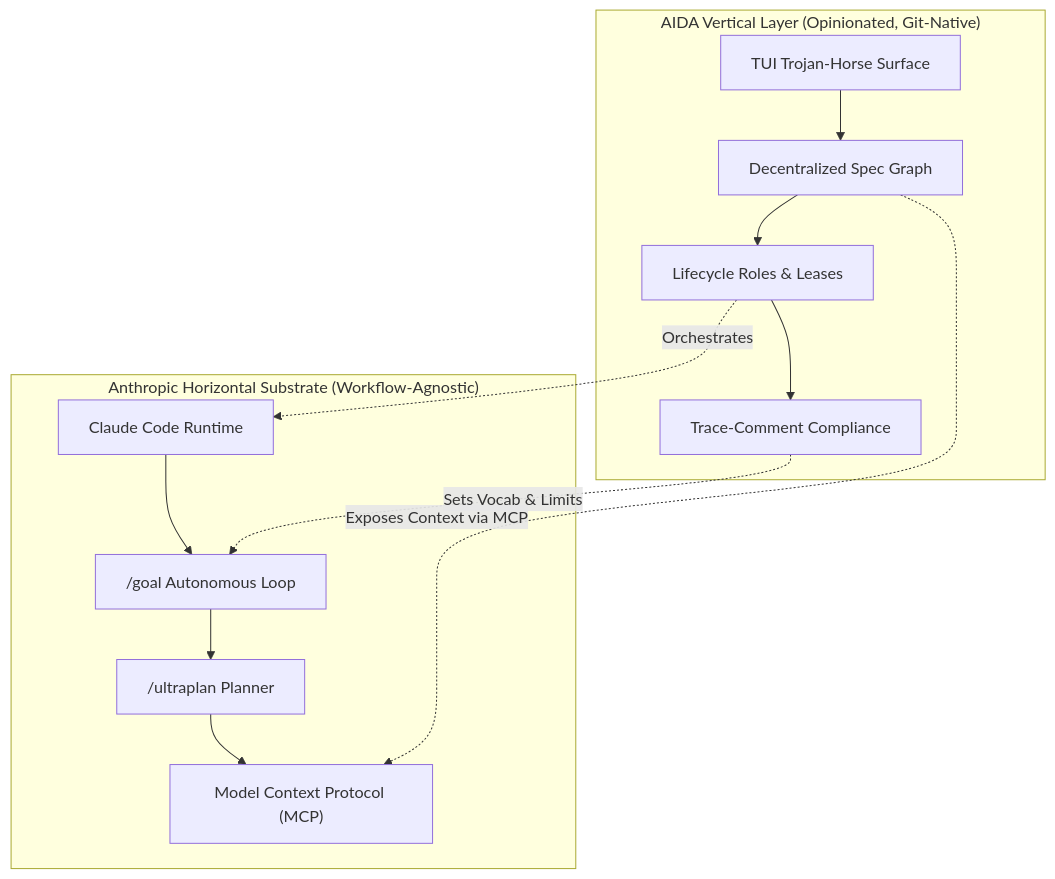
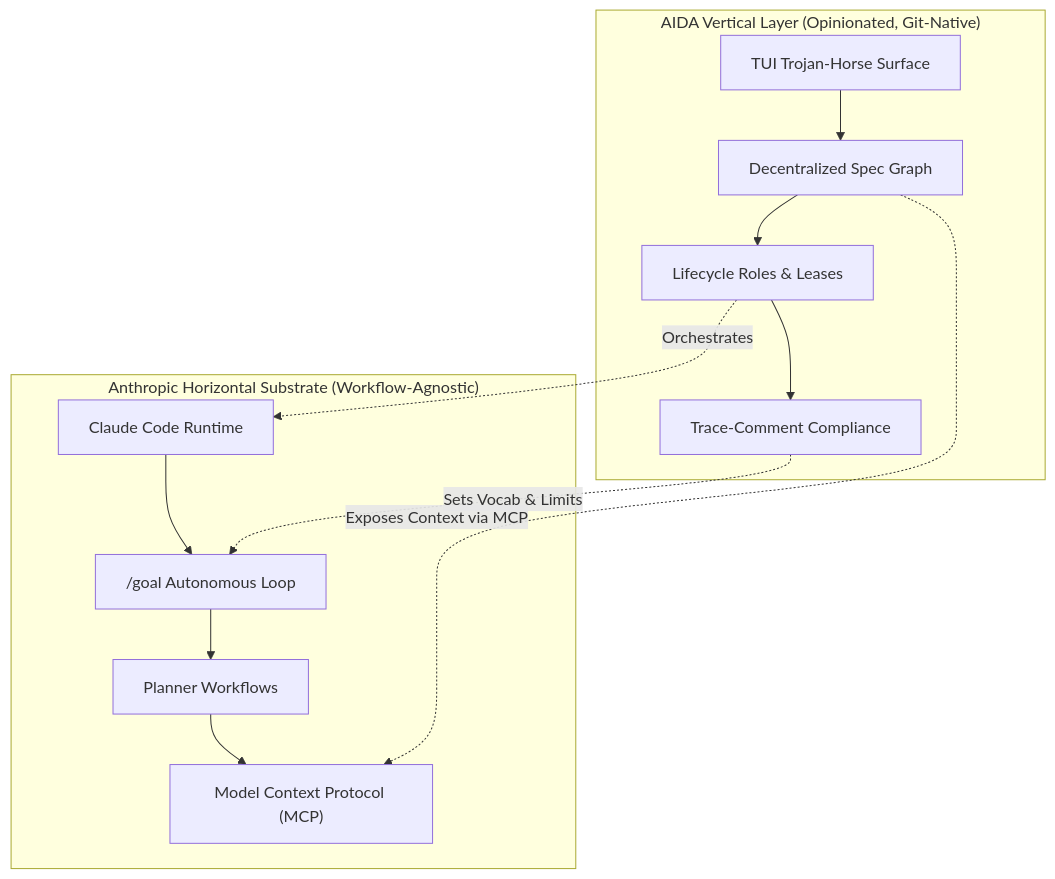
One commit to joemooney/aida changed the diagram in docs/competitive-analysis/positioning.md. Above: the diagram before and after it, drawn with Mermaid. The commit also changed other lines of this file and 21 other files, not shown here.

````diff
--- a/docs/competitive-analysis/positioning.md
+++ b/docs/competitive-analysis/positioning.md
@@ -18,18 +18,18 @@
 ```mermaid
 graph TD
     subgraph "AIDA Vertical Layer (Opinionated, Git-Native)"
         A["TUI Trojan-Horse Surface"] --> B["Decentralized Spec Graph"]
         B --> C["Lifecycle Roles & Leases"]
         C --> D["Trace-Comment Compliance"]
     end
 
     subgraph "Anthropic Horizontal Substrate (Workflow-Agnostic)"
         E["Claude Code Runtime"] --> F["/goal Autonomous Loop"]
-        F --> G["/ultraplan Planner"]
+        F --> G["Planner Workflows"]
         G --> H["Model Context Protocol (MCP)"]
     end
 
     B -.->|Exposes Context via MCP| H
     C -.->|Orchestrates| E
     D -.->|Sets Vocab & Limits| F
 ```
````
